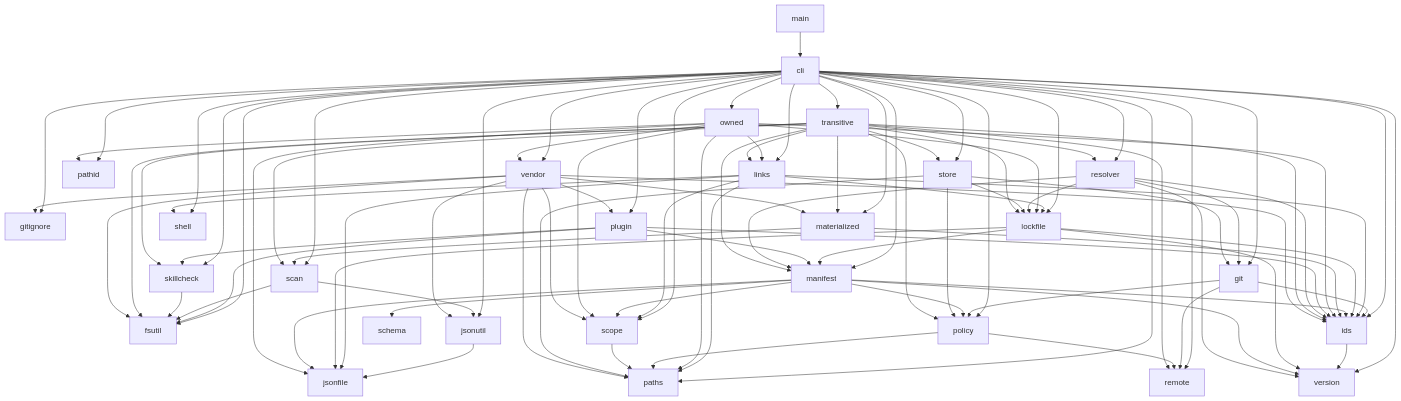
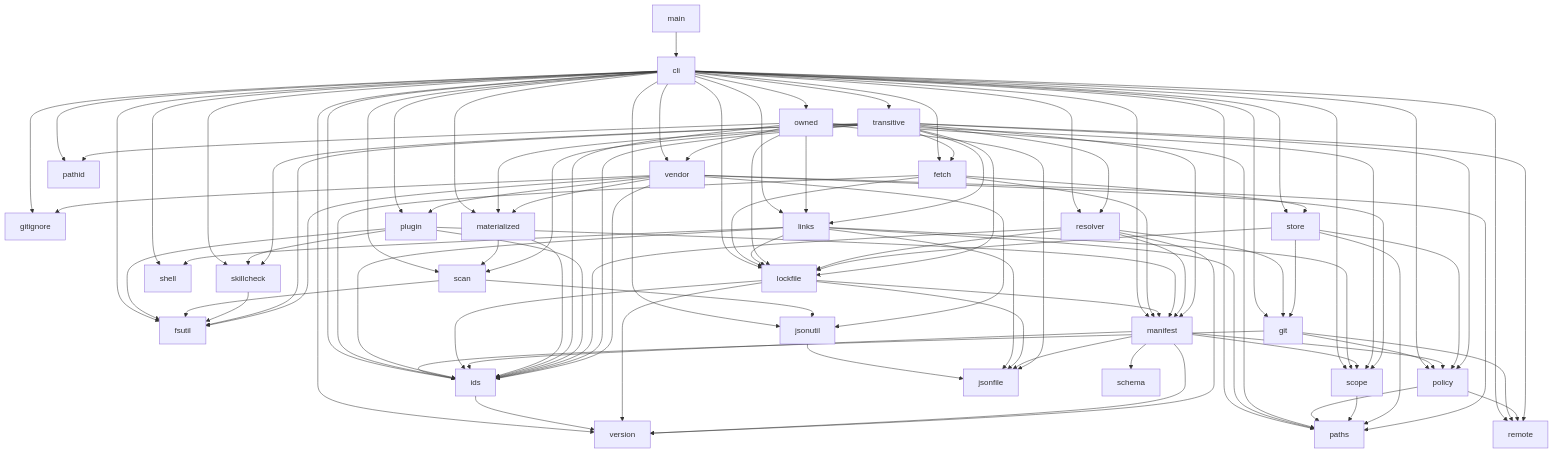
The first of 3 diagrams in docs/guide/architecture.md (camunda/spm-cli), drawn with Mermaid before and after one commit. The commit also changed other lines of this file and 14 other files, not shown here.

````diff
--- a/docs/guide/architecture.md
+++ b/docs/guide/architecture.md
@@ -22,5 +22,6 @@
 ```mermaid
 flowchart TD
+  cli --> fetch
   cli --> fsutil
   cli --> git
   cli --> gitignore
@@ -45,6 +46,10 @@
   cli --> transitive
   cli --> vendor
   cli --> version
+  fetch --> ids
+  fetch --> lockfile
+  fetch --> manifest
+  fetch --> store
   git --> ids
   git --> policy
   git --> remote
@@ -96,6 +101,7 @@
   store --> lockfile
   store --> paths
   store --> policy
+  transitive --> fetch
   transitive --> fsutil
   transitive --> ids
   transitive --> links
@@ -107,7 +113,6 @@
   transitive --> resolver
   transitive --> scan
   transitive --> skillcheck
-  transitive --> store
   vendor --> fsutil
   vendor --> gitignore
   vendor --> ids
````
